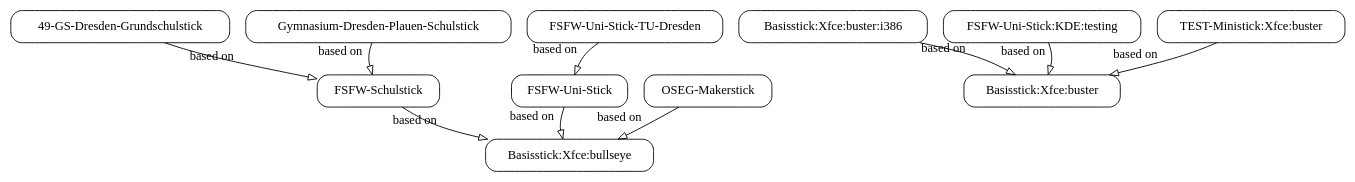
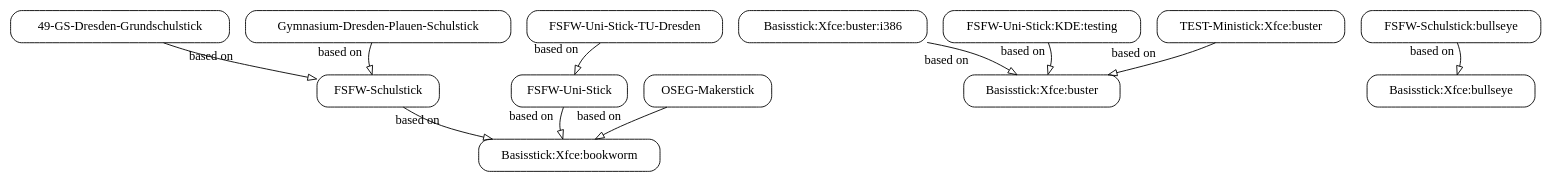
The diagram in variants.build/features.adoc (fsfw-dresden/usb-live-linux), drawn with Graphviz before and after one commit. The commit also changed other lines of this file and 2 other files, not shown here.

```diff
--- a/variants.build/features.adoc
+++ b/variants.build/features.adoc
@@ -53,22 +53,23 @@
 [graphviz, build-variant-inheritance.png, dot]
 -------
 digraph build_variants {
   splines=curved;
   node [
     shape = box,
     style = rounded
   ];
   edge [
     arrowhead = empty
   ];
   "49-GS-Dresden-Grundschulstick" -> "FSFW-Schulstick" [ xlabel = "based on" ];
   "Basisstick:Xfce:buster:i386" -> "Basisstick:Xfce:buster" [ xlabel = "based on" ];
-  "FSFW-Schulstick" -> "Basisstick:Xfce:bullseye" [ xlabel = "based on" ];
-  "FSFW-Uni-Stick" -> "Basisstick:Xfce:bullseye" [ xlabel = "based on" ];
+  "FSFW-Schulstick:bullseye" -> "Basisstick:Xfce:bullseye" [ xlabel = "based on" ];
+  "FSFW-Schulstick" -> "Basisstick:Xfce:bookworm" [ xlabel = "based on" ];
+  "FSFW-Uni-Stick" -> "Basisstick:Xfce:bookworm" [ xlabel = "based on" ];
   "FSFW-Uni-Stick:KDE:testing" -> "Basisstick:Xfce:buster" [ xlabel = "based on" ];
   "FSFW-Uni-Stick-TU-Dresden" -> "FSFW-Uni-Stick" [ xlabel = "based on" ];
   "Gymnasium-Dresden-Plauen-Schulstick" -> "FSFW-Schulstick" [ xlabel = "based on" ];
-  "OSEG-Makerstick" -> "Basisstick:Xfce:bullseye" [ xlabel = "based on" ];
+  "OSEG-Makerstick" -> "Basisstick:Xfce:bookworm" [ xlabel = "based on" ];
   "TEST-Ministick:Xfce:buster" -> "Basisstick:Xfce:buster" [ xlabel = "based on" ];
 }
 -------
```
